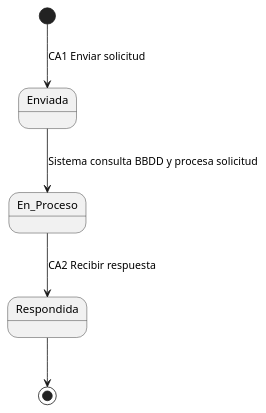
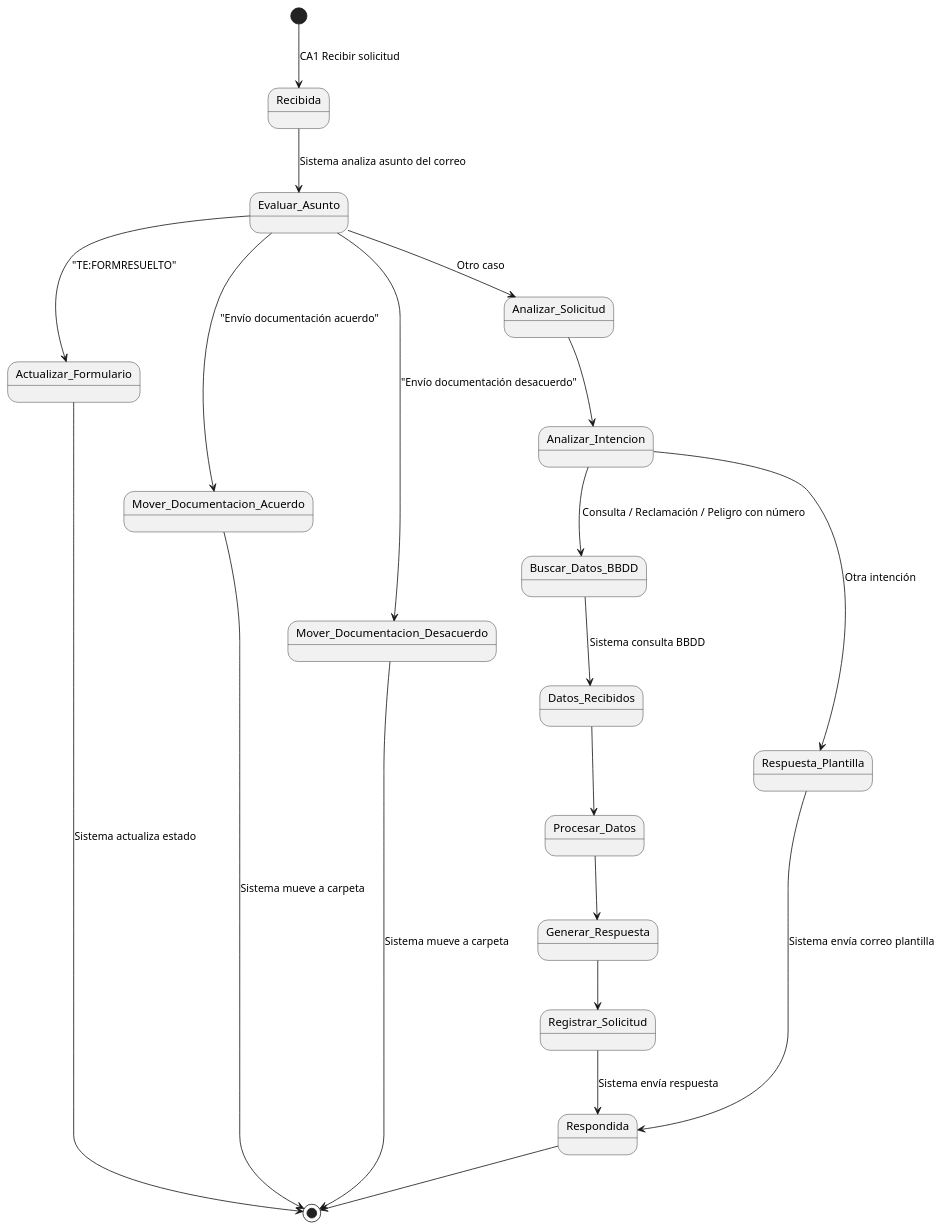
Before and after one commit to Jorgeog25/GII-TFG-2026: the diagram in Estudiantes/jorge-otero/capitulo2/DdR/FlujoEntidades/codigo/Flujo_Solicitud.puml, drawn with PlantUML. The commit also changed 18 other files, not shown here.

```diff
--- a/Estudiantes/jorge-otero/capitulo2/DdR/FlujoEntidades/codigo/Flujo_Solicitud.puml
+++ b/Estudiantes/jorge-otero/capitulo2/DdR/FlujoEntidades/codigo/Flujo_Solicitud.puml
@@ -1,13 +1,39 @@
 @startuml Flujo_Solicitud
 
 top to bottom direction
 
-[*] --> Enviada : CA1 Enviar solicitud
+[*] --> Recibida : CA1 Recibir solicitud
 
-Enviada --> En_Proceso : Sistema consulta BBDD y procesa solicitud
+Recibida --> Evaluar_Asunto : Sistema analiza asunto del correo
 
-En_Proceso --> Respondida : CA2 Recibir respuesta
+Evaluar_Asunto --> Actualizar_Formulario : "TE:FORMRESUELTO"
+Evaluar_Asunto --> Mover_Documentacion_Acuerdo : "Envío documentación acuerdo"
+Evaluar_Asunto --> Mover_Documentacion_Desacuerdo : "Envío documentación desacuerdo"
+Evaluar_Asunto --> Analizar_Solicitud : Otro caso
+
+Actualizar_Formulario --> [*] : Sistema actualiza estado
+
+Mover_Documentacion_Acuerdo --> [*] : Sistema mueve a carpeta
+
+Mover_Documentacion_Desacuerdo --> [*] : Sistema mueve a carpeta
+
+Analizar_Solicitud --> Analizar_Intencion
+
+Analizar_Intencion --> Buscar_Datos_BBDD : Consulta / Reclamación / Peligro con número
+Analizar_Intencion --> Respuesta_Plantilla : Otra intención
+
+Buscar_Datos_BBDD --> Datos_Recibidos : Sistema consulta BBDD
+
+Datos_Recibidos --> Procesar_Datos
+
+Procesar_Datos --> Generar_Respuesta
+
+Generar_Respuesta --> Registrar_Solicitud
+
+Registrar_Solicitud --> Respondida : Sistema envía respuesta
+
+Respuesta_Plantilla --> Respondida : Sistema envía correo plantilla
 
 Respondida --> [*]
 
 @enduml
```
